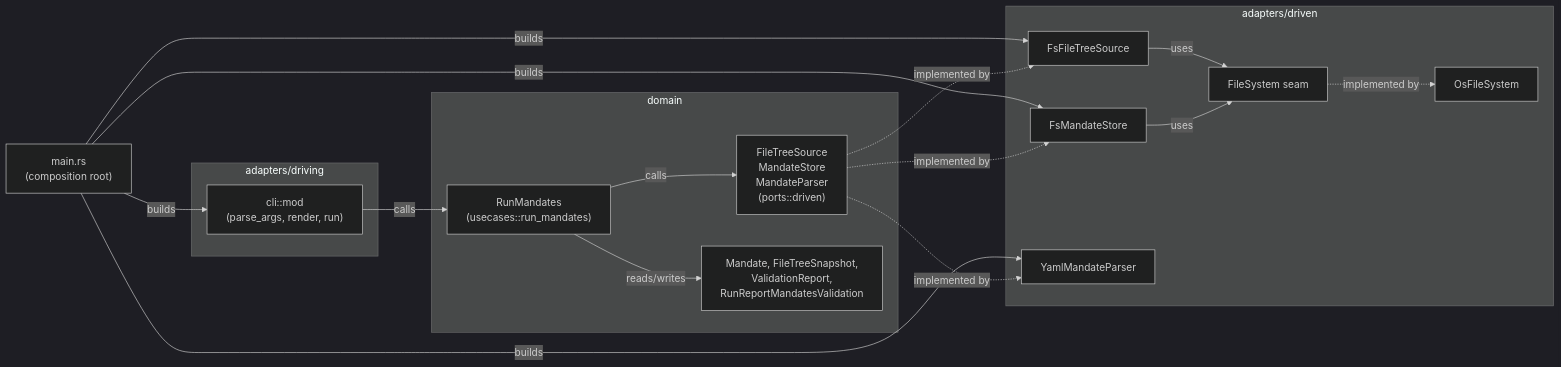
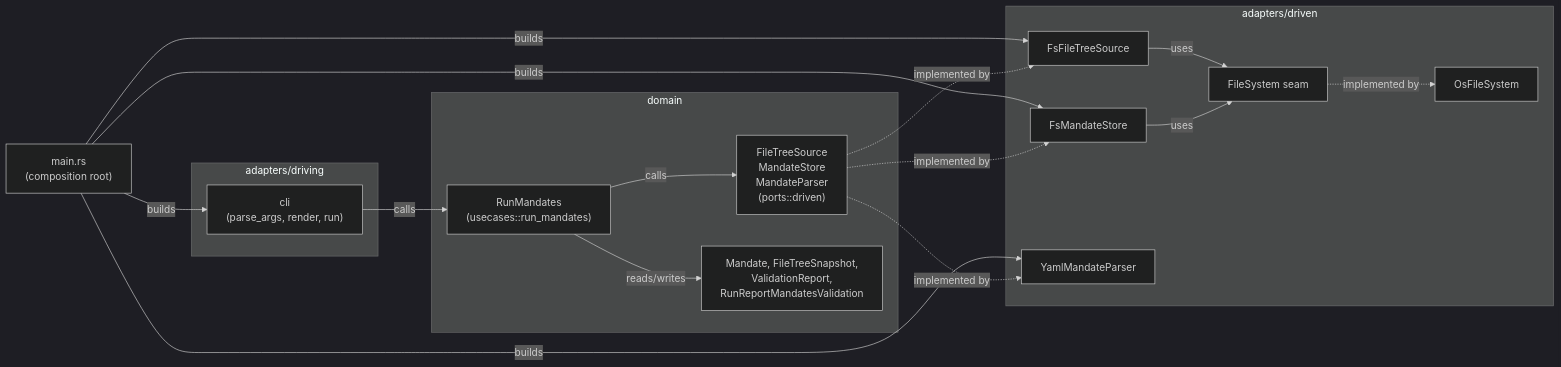
The first of 3 diagrams in mandate_docs/docs/architecture/mandate-parser.md (Jtonna/mandate-docs), drawn with Mermaid (dark theme) before and after one commit. The commit also changed other lines of this file, not shown here.

````diff
--- a/mandate_docs/docs/architecture/mandate-parser.md
+++ b/mandate_docs/docs/architecture/mandate-parser.md
@@ -22,37 +22,37 @@
 ```mermaid
 flowchart LR
     subgraph driving["adapters/driving"]
-        CLI["cli::mod\n(parse_args, render, run)"]
+        CLI["cli\n(parse_args, render, run)"]
     end
 
     subgraph domain["domain"]
         RM["RunMandates\n(usecases::run_mandates)"]
         PORTS["FileTreeSource\nMandateStore\nMandateParser\n(ports::driven)"]
         MODEL["Mandate, FileTreeSnapshot,\nValidationReport,\nRunReportMandatesValidation"]
     end
 
     subgraph driven["adapters/driven"]
         FTS["FsFileTreeSource<F>"]
         MS["FsMandateStore<F>"]
         YP["YamlMandateParser"]
         FS["FileSystem seam"]
         OS["OsFileSystem"]
     end
 
     MAIN["main.rs\n(composition root)"] -- builds --> CLI
     MAIN -- builds --> FTS
     MAIN -- builds --> MS
     MAIN -- builds --> YP
 
     CLI -- calls --> RM
     RM -- calls --> PORTS
     RM -- reads/writes --> MODEL
 
     PORTS -.implemented by.-> FTS
     PORTS -.implemented by.-> MS
     PORTS -.implemented by.-> YP
 
     FTS -- uses --> FS
     MS -- uses --> FS
     FS -.implemented by.-> OS
 ```
````
